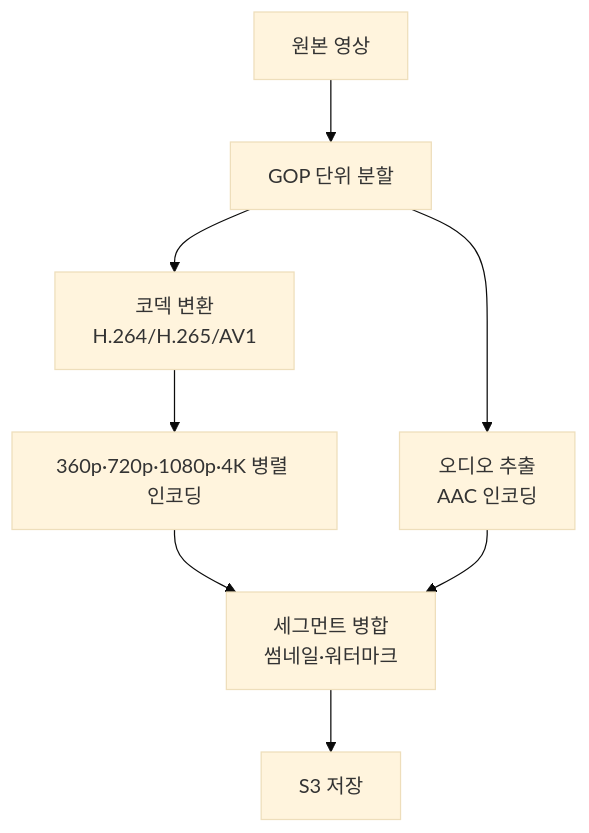
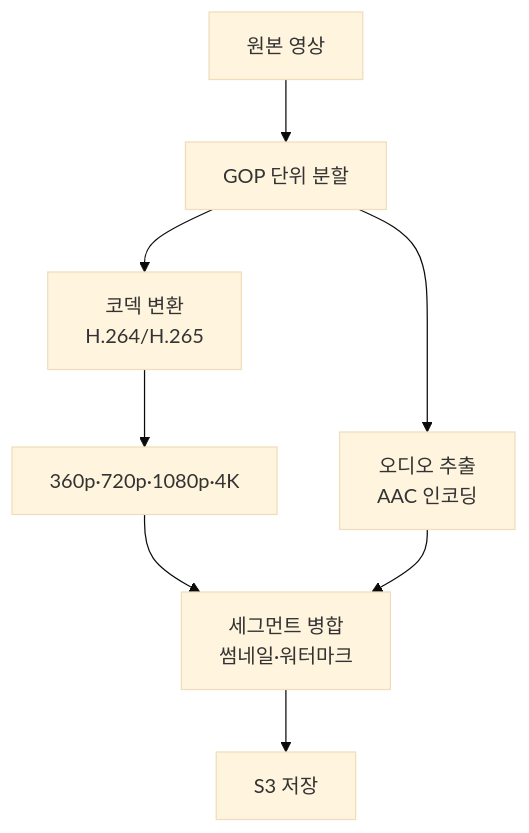
Before and after one commit to yjkim2015/yjkim2015.github.io: the fourth of 12 diagrams in _posts/systemdesign/2026-05-03-system-design-video-streaming.md, drawn with Mermaid (base theme). The commit also changed 271 other files, not shown here.

First line of the commit message:
Mermaid 라벨 축소: 긴 노드 텍스트 18자 이하로 트림 + \n 제거

````diff
--- a/_posts/systemdesign/2026-05-03-system-design-video-streaming.md
+++ b/_posts/systemdesign/2026-05-03-system-design-video-streaming.md
@@ -180,9 +180,9 @@
 ```mermaid
 flowchart TD
     IN[원본 영상] --> SP["GOP 단위 분할"]
-    SP --> V["코덱 변환\nH.264/H.265/AV1"]
+    SP --> V["코덱 변환\nH.264/H.265"]
     SP --> AU["오디오 추출\nAAC 인코딩"]
-    V --> R["360p·720p·1080p·4K 병렬 인코딩"]
+    V --> R["360p·720p·1080p·4K"]
     R & AU --> MX["세그먼트 병합\n썸네일·워터마크"]
     MX --> OUT["S3 저장"]
 ```
````
